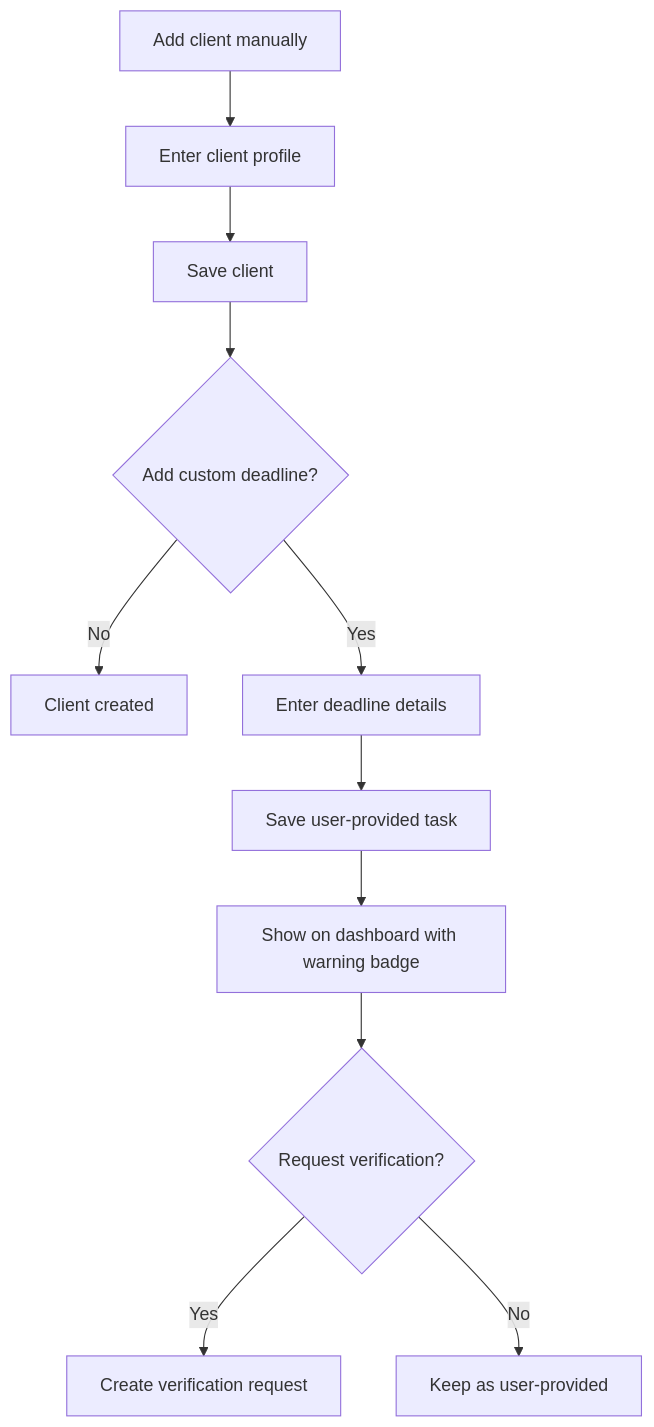
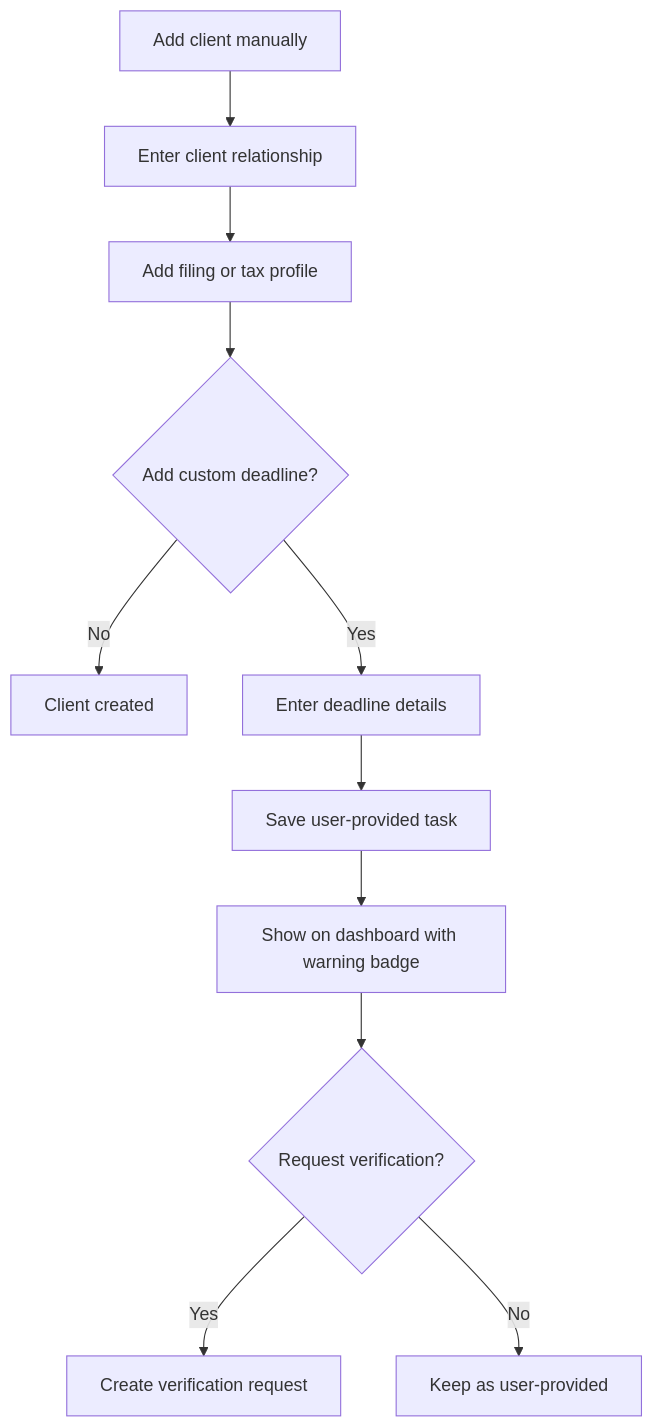
One commit to Yessenia-d/DueDateHQ changed the diagram in specs/manual-client-and-deadline-entry.md. Above: the diagram before and after it, drawn with Mermaid. The commit also changed other lines of this file and 26 other files, not shown here.

````diff
--- a/specs/manual-client-and-deadline-entry.md
+++ b/specs/manual-client-and-deadline-entry.md
@@ -18,13 +19,13 @@
 ```mermaid
 flowchart TD
-  A[Add client manually] --> B[Enter client profile]
-  B --> C[Save client]
+  A[Add client manually] --> B[Enter client relationship]
+  B --> C[Add filing or tax profile]
   C --> D{Add custom deadline?}
   D -- No --> E[Client created]
   D -- Yes --> F[Enter deadline details]
   F --> G[Save user-provided task]
   G --> H[Show on dashboard with warning badge]
   H --> I{Request verification?}
   I -- Yes --> J[Create verification request]
   I -- No --> K[Keep as user-provided]
 ```
````
